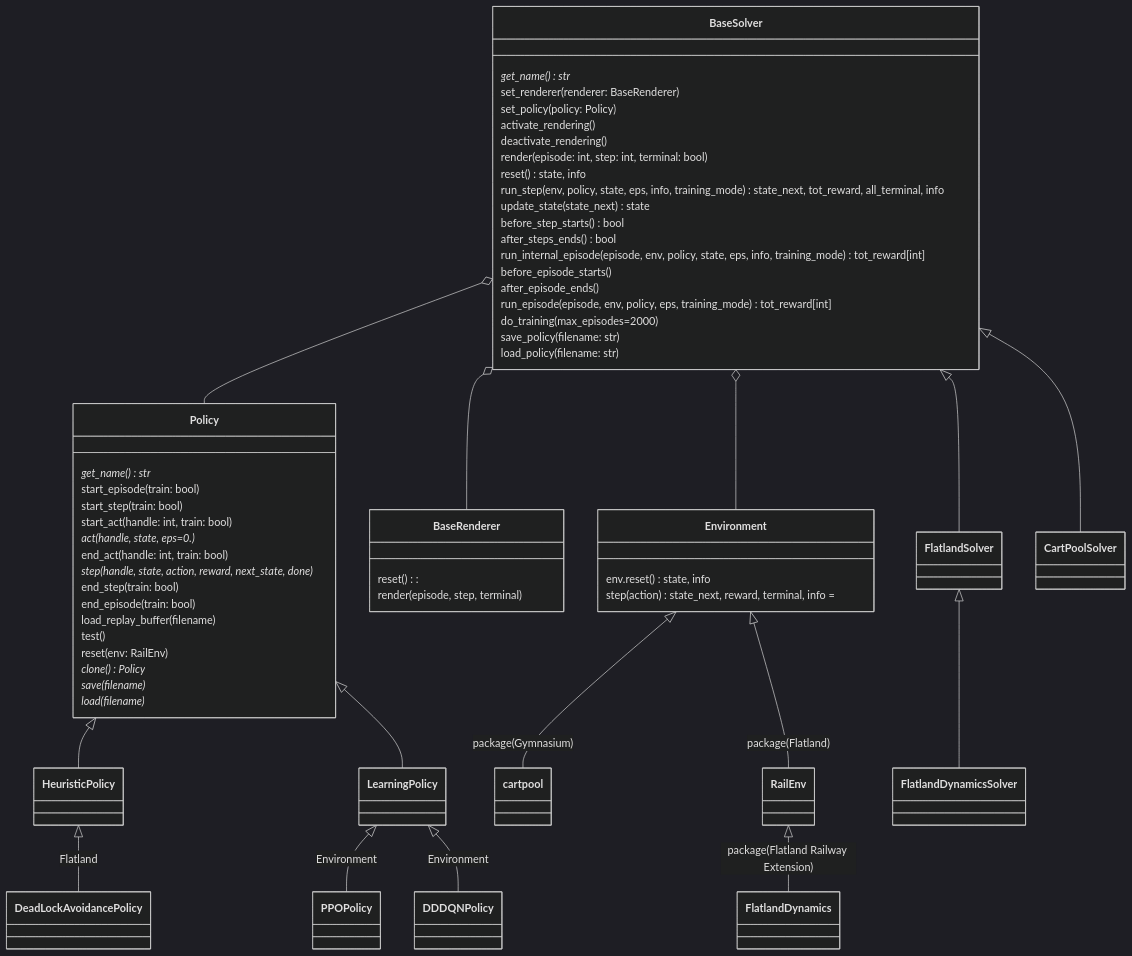
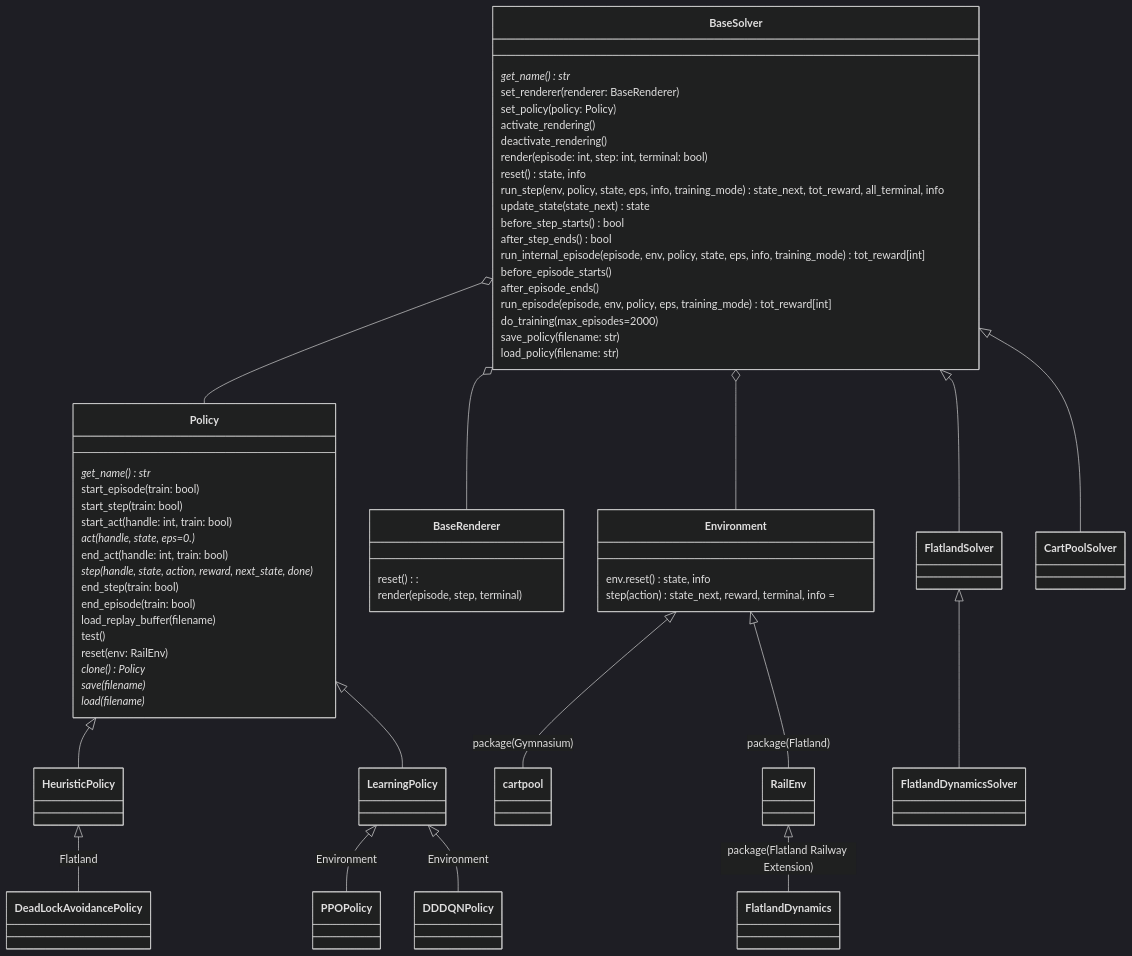
Before and after one commit to aiAdrian/flatland_solver_policy: the second of 3 diagrams in README.md, drawn with Mermaid (dark theme).

````diff
--- a/README.md
+++ b/README.md
@@ -32,73 +32,73 @@
 ```mermaid
 classDiagram
        
     BaseSolver o-- Policy
     BaseSolver o-- BaseRenderer
     BaseSolver o-- Environment
 
     Environment <|-- cartpool : package(Gymnasium)
     Environment <|-- RailEnv : package(Flatland)
     RailEnv <|-- FlatlandDynamics : package(Flatland Railway Extension)
     
     BaseSolver <|-- FlatlandSolver
     BaseSolver <|-- CartPoolSolver
     FlatlandSolver <|-- FlatlandDynamicsSolver
     
     Policy  <|-- HeuristicPolicy
 
     HeuristicPolicy  <|-- DeadLockAvoidancePolicy : Flatland
 
     Policy  <|-- LearningPolicy
 
     LearningPolicy <|-- PPOPolicy : Environment
     LearningPolicy <|-- DDDQNPolicy : Environment
 
     class Environment {
         env.reset() state, info
         step(action) state_next, reward, terminal, info = 
     }
 
     class Policy{
       get_name()* str
       start_episode(train: bool)
       start_step(train: bool)
       start_act(handle: int, train: bool)
       act(handle, state, eps=0.)*
       end_act(handle: int, train: bool)
       step(handle, state, action, reward, next_state, done)*
       end_step(train: bool)
       end_episode(train: bool)
       load_replay_buffer(filename)
       test()
       reset(env: RailEnv)
       clone()* Policy
       save(filename)*
       load(filename)* 
     }
 
     class BaseRenderer {
         reset():
         render(episode, step, terminal)
     }
 
     class BaseSolver {
         get_name()* str
         set_renderer(renderer: BaseRenderer)
         set_policy(policy: Policy)
         activate_rendering()
         deactivate_rendering()
         render(episode: int, step: int, terminal: bool)
         reset() state, info
         run_step(env, policy, state, eps, info, training_mode) state_next, tot_reward, all_terminal, info
         update_state(state_next) state
         before_step_starts() bool
-        after_steps_ends() bool
+        after_step_ends() bool
         run_internal_episode( episode, env, policy, state, eps, info, training_mode) tot_reward[int]
         before_episode_starts()
         after_episode_ends()
         run_episode(episode, env, policy, eps, training_mode) tot_reward[int]
         do_training(max_episodes=2000)
         save_policy(filename: str)
         load_policy(filename: str)
     }
 ``` 
````
